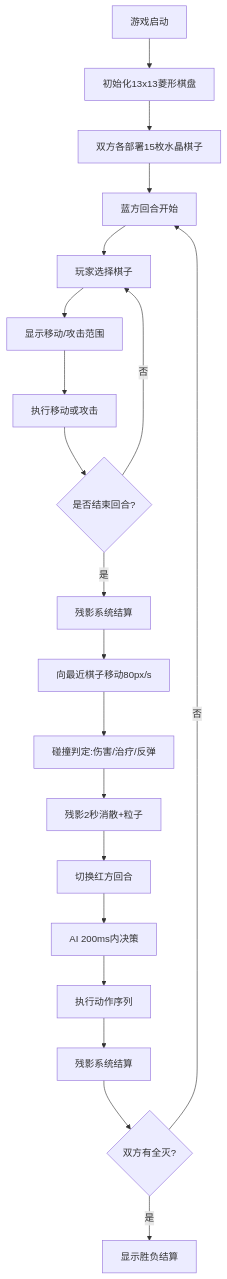
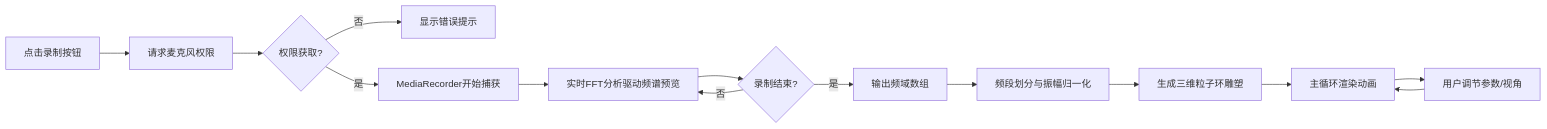
One commit to NUDT-ZSL/Solo changed the diagram in cp2_6.11_auto31/.trae/documents/PRD.md. Above: the diagram before and after it, drawn with Mermaid. The commit also changed other lines of this file and 12 other files, not shown here.

````diff
--- a/cp2_6.11_auto31/.trae/documents/PRD.md
+++ b/cp2_6.11_auto31/.trae/documents/PRD.md
@@ -53,22 +34,16 @@
 ```mermaid
-flowchart TD
-    A["游戏启动"] --> B["初始化13x13菱形棋盘"]
-    B --> C["双方各部署15枚水晶棋子"]
-    C --> D["蓝方回合开始"]
-    D --> E["玩家选择棋子"]
-    E --> F["显示移动/攻击范围"]
-    F --> G["执行移动或攻击"]
-    G --> H{"是否结束回合?"}
-    H -->|否| E
-    H -->|是| I["残影系统结算"]
-    I --> J["向最近棋子移动80px/s"]
-    J --> K["碰撞判定:伤害/治疗/反弹"]
-    K --> L["残影2秒消散+粒子"]
-    L --> M["切换红方回合"]
-    M --> N["AI 200ms内决策"]
-    N --> O["执行动作序列"]
-    O --> P["残影系统结算"]
-    P --> Q{"双方有全灭?"}
-    Q -->|否| D
-    Q -->|是| R["显示胜负结算"]
+flowchart LR
+    A["点击录制按钮"] --> B["请求麦克风权限"]
+    B --> C{权限获取?}
+    C -->|否| D["显示错误提示"]
+    C -->|是| E["MediaRecorder开始捕获"]
+    E --> F["实时FFT分析驱动频谱预览"]
+    F --> G{录制结束?}
+    G -->|否| F
+    G -->|是| H["输出频域数组"]
+    H --> I["频段划分与振幅归一化"]
+    I --> J["生成三维粒子环雕塑"]
+    J --> K["主循环渲染动画"]
+    K --> L["用户调节参数/视角"]
+    L --> K
 ```
````
